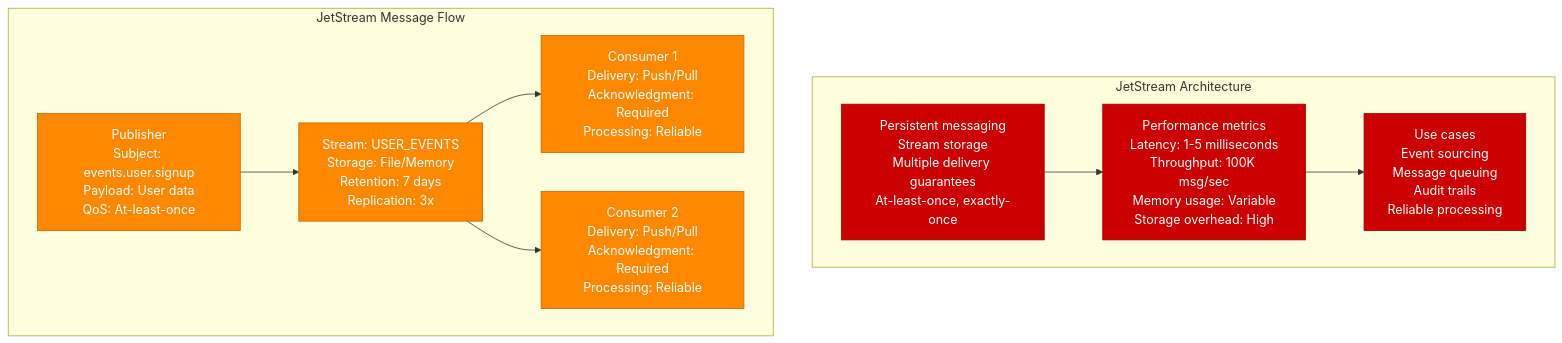
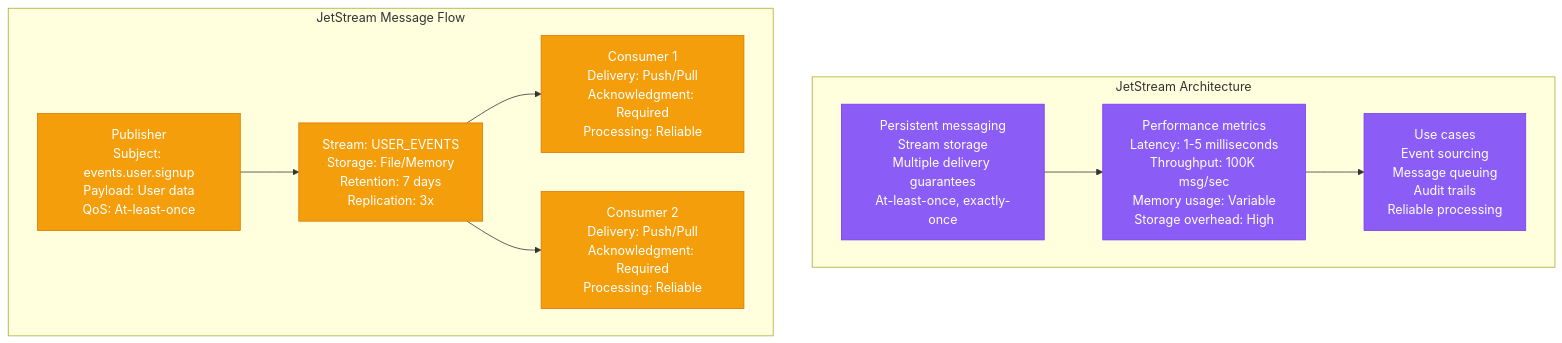
The second of 13 diagrams in site/docs/performance/nats-performance-profile.md (deepaucksharma/DS), drawn with Mermaid before and after one commit. The commit also changed other lines of this file and 303 other files, not shown here.

````diff
--- a/site/docs/performance/nats-performance-profile.md
+++ b/site/docs/performance/nats-performance-profile.md
@@ -46,32 +46,32 @@
 ```mermaid
 graph TB
     subgraph "JetStream Architecture"
         JS1[Persistent messaging<br/>Stream storage<br/>Multiple delivery guarantees<br/>At-least-once, exactly-once]
 
         JS2[Performance metrics<br/>Latency: 1-5 milliseconds<br/>Throughput: 100K msg/sec<br/>Memory usage: Variable<br/>Storage overhead: High]
 
         JS3[Use cases<br/>Event sourcing<br/>Message queuing<br/>Audit trails<br/>Reliable processing]
 
         JS1 --> JS2 --> JS3
     end
 
     subgraph "JetStream Message Flow"
         JS_PUB[Publisher<br/>Subject: events.user.signup<br/>Payload: User data<br/>QoS: At-least-once]
 
         JS_STREAM[Stream: USER_EVENTS<br/>Storage: File/Memory<br/>Retention: 7 days<br/>Replication: 3x]
 
         JS_CON1[Consumer 1<br/>Delivery: Push/Pull<br/>Acknowledgment: Required<br/>Processing: Reliable]
 
         JS_CON2[Consumer 2<br/>Delivery: Push/Pull<br/>Acknowledgment: Required<br/>Processing: Reliable]
 
         JS_PUB --> JS_STREAM
         JS_STREAM --> JS_CON1
         JS_STREAM --> JS_CON2
     end
 
-    classDef jsStyle fill:#CC0000,stroke:#990000,color:#fff
-    classDef jsFlowStyle fill:#FF8800,stroke:#CC6600,color:#fff
+    classDef jsStyle fill:#8B5CF6,stroke:#7C3AED,color:#fff
+    classDef jsFlowStyle fill:#F59E0B,stroke:#D97706,color:#fff
 
     class JS1,JS2,JS3 jsStyle
     class JS_PUB,JS_STREAM,JS_CON1,JS_CON2 jsFlowStyle
 ```
````
